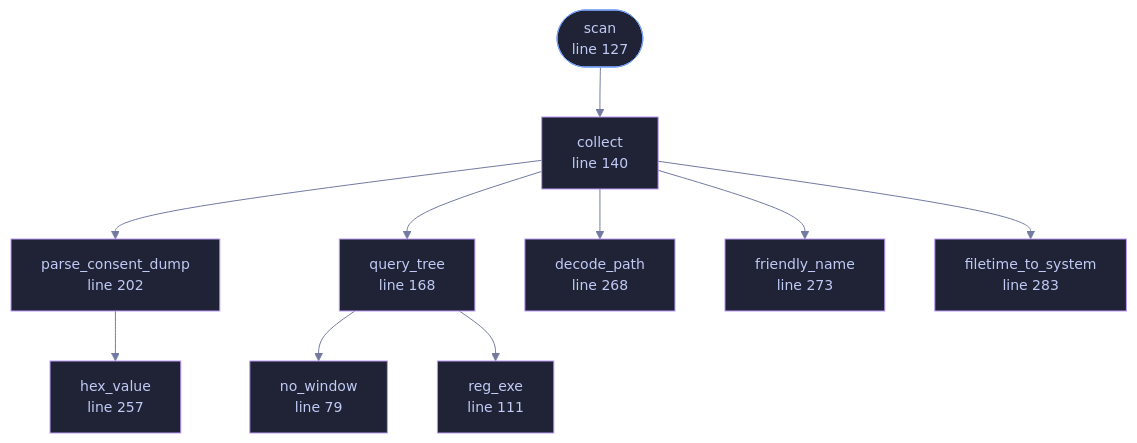
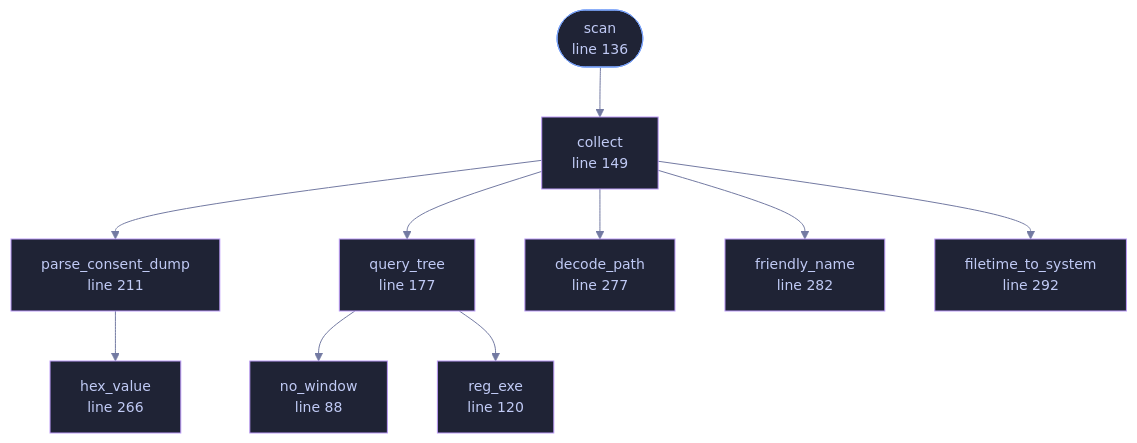
The diagram in docs/files/veilvoice-watch/windows.md (tilas01/veilvoice), drawn with Mermaid before and after one commit. The commit also changed other lines of this file and 487 other files, not shown here.

````diff
--- a/docs/files/veilvoice-watch/windows.md
+++ b/docs/files/veilvoice-watch/windows.md
@@ -107,37 +117,37 @@
 ```mermaid
 %%{init: {"theme":"base","themeVariables":{"background":"#1a1b26","primaryColor":"#1f2335","primaryTextColor":"#c0caf5","primaryBorderColor":"#7aa2f7","secondaryColor":"#16161e","tertiaryColor":"#16161e","lineColor":"#737aa2","textColor":"#c0caf5","mainBkg":"#1f2335","nodeBorder":"#7aa2f7","clusterBkg":"#16161e","clusterBorder":"#2f3549","fontFamily":"ui-monospace, SFMono-Regular, Consolas, monospace","fontSize":"14px"}}}%%
 flowchart TD
-    n_no_window["no_window<br/>line 79"]
-    n_reg_exe["reg_exe<br/>line 111"]
-    n_scan(["scan<br/>line 127"])
-    n_collect["collect<br/>line 140"]
-    n_query_tree["query_tree<br/>line 168"]
-    n_parse_consent_dump["parse_consent_dump<br/>line 202"]
-    n_hex_value["hex_value<br/>line 257"]
-    n_decode_path["decode_path<br/>line 268"]
-    n_friendly_name["friendly_name<br/>line 273"]
-    n_filetime_to_system["filetime_to_system<br/>line 283"]
+    n_no_window["no_window<br/>line 88"]
+    n_reg_exe["reg_exe<br/>line 120"]
+    n_scan(["scan<br/>line 136"])
+    n_collect["collect<br/>line 149"]
+    n_query_tree["query_tree<br/>line 177"]
+    n_parse_consent_dump["parse_consent_dump<br/>line 211"]
+    n_hex_value["hex_value<br/>line 266"]
+    n_decode_path["decode_path<br/>line 277"]
+    n_friendly_name["friendly_name<br/>line 282"]
+    n_filetime_to_system["filetime_to_system<br/>line 292"]
     n_collect --> n_decode_path
     n_collect --> n_filetime_to_system
     n_collect --> n_friendly_name
     n_collect --> n_parse_consent_dump
     n_collect --> n_query_tree
     n_parse_consent_dump --> n_hex_value
     n_query_tree --> n_no_window
     n_query_tree --> n_reg_exe
     n_scan --> n_collect
-    click n_no_window href "https://github.com/tilas01/veilvoice/blob/main/crates/veilvoice-watch/src/windows.rs#L79" "open the source"
-    click n_reg_exe href "https://github.com/tilas01/veilvoice/blob/main/crates/veilvoice-watch/src/windows.rs#L111" "open the source"
-    click n_scan href "https://github.com/tilas01/veilvoice/blob/main/crates/veilvoice-watch/src/windows.rs#L127" "open the source"
-    click n_collect href "https://github.com/tilas01/veilvoice/blob/main/crates/veilvoice-watch/src/windows.rs#L140" "open the source"
-    click n_query_tree href "https://github.com/tilas01/veilvoice/blob/main/crates/veilvoice-watch/src/windows.rs#L168" "open the source"
-    click n_parse_consent_dump href "https://github.com/tilas01/veilvoice/blob/main/crates/veilvoice-watch/src/windows.rs#L202" "open the source"
-    click n_hex_value href "https://github.com/tilas01/veilvoice/blob/main/crates/veilvoice-watch/src/windows.rs#L257" "open the source"
-    click n_decode_path href "https://github.com/tilas01/veilvoice/blob/main/crates/veilvoice-watch/src/windows.rs#L268" "open the source"
-    click n_friendly_name href "https://github.com/tilas01/veilvoice/blob/main/crates/veilvoice-watch/src/windows.rs#L273" "open the source"
-    click n_filetime_to_system href "https://github.com/tilas01/veilvoice/blob/main/crates/veilvoice-watch/src/windows.rs#L283" "open the source"
+    click n_no_window href "https://github.com/tilas01/veilvoice/blob/main/crates/veilvoice-watch/src/windows.rs#L88" "open the source"
+    click n_reg_exe href "https://github.com/tilas01/veilvoice/blob/main/crates/veilvoice-watch/src/windows.rs#L120" "open the source"
+    click n_scan href "https://github.com/tilas01/veilvoice/blob/main/crates/veilvoice-watch/src/windows.rs#L136" "open the source"
+    click n_collect href "https://github.com/tilas01/veilvoice/blob/main/crates/veilvoice-watch/src/windows.rs#L149" "open the source"
+    click n_query_tree href "https://github.com/tilas01/veilvoice/blob/main/crates/veilvoice-watch/src/windows.rs#L177" "open the source"
+    click n_parse_consent_dump href "https://github.com/tilas01/veilvoice/blob/main/crates/veilvoice-watch/src/windows.rs#L211" "open the source"
+    click n_hex_value href "https://github.com/tilas01/veilvoice/blob/main/crates/veilvoice-watch/src/windows.rs#L266" "open the source"
+    click n_decode_path href "https://github.com/tilas01/veilvoice/blob/main/crates/veilvoice-watch/src/windows.rs#L277" "open the source"
+    click n_friendly_name href "https://github.com/tilas01/veilvoice/blob/main/crates/veilvoice-watch/src/windows.rs#L282" "open the source"
+    click n_filetime_to_system href "https://github.com/tilas01/veilvoice/blob/main/crates/veilvoice-watch/src/windows.rs#L292" "open the source"
     classDef entry fill:#1f2335,stroke:#7aa2f7,color:#c0caf5
     class n_scan entry
     classDef helper fill:#1f2335,stroke:#bb9af7,color:#c0caf5
     class n_no_window,n_reg_exe,n_collect,n_query_tree,n_parse_consent_dump,n_hex_value,n_decode_path,n_friendly_name,n_filetime_to_system helper
 ```
````
